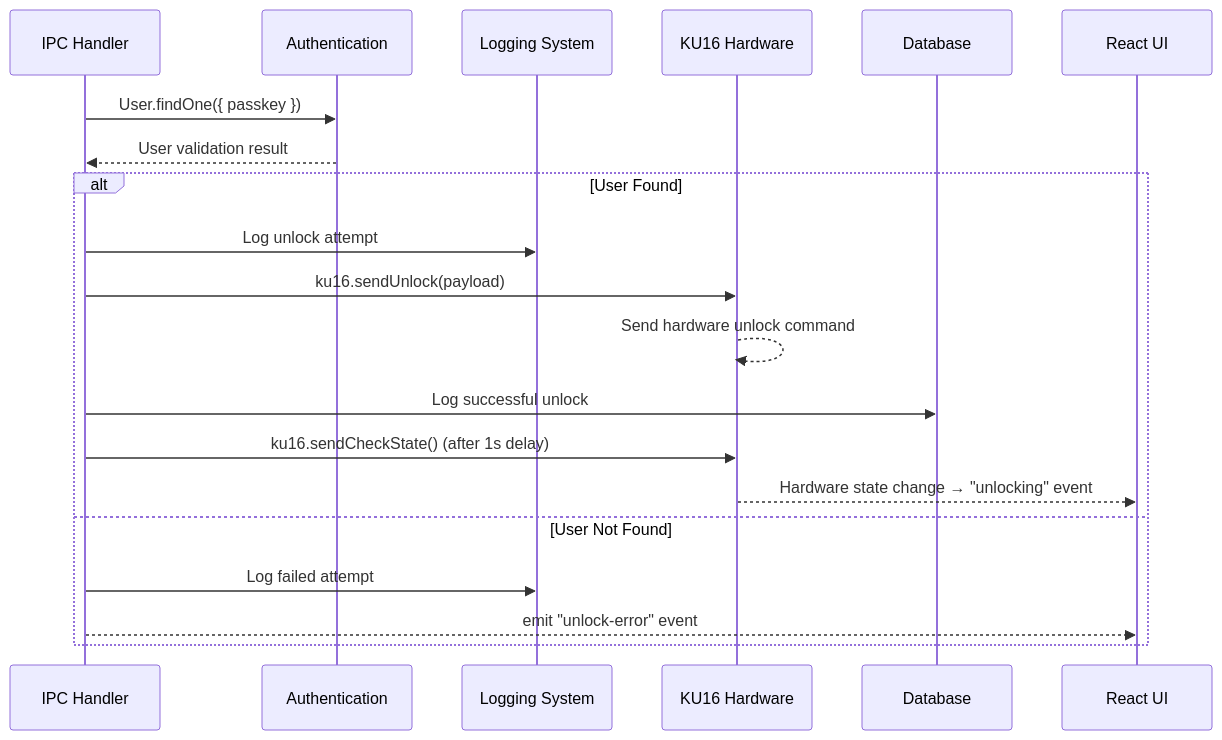
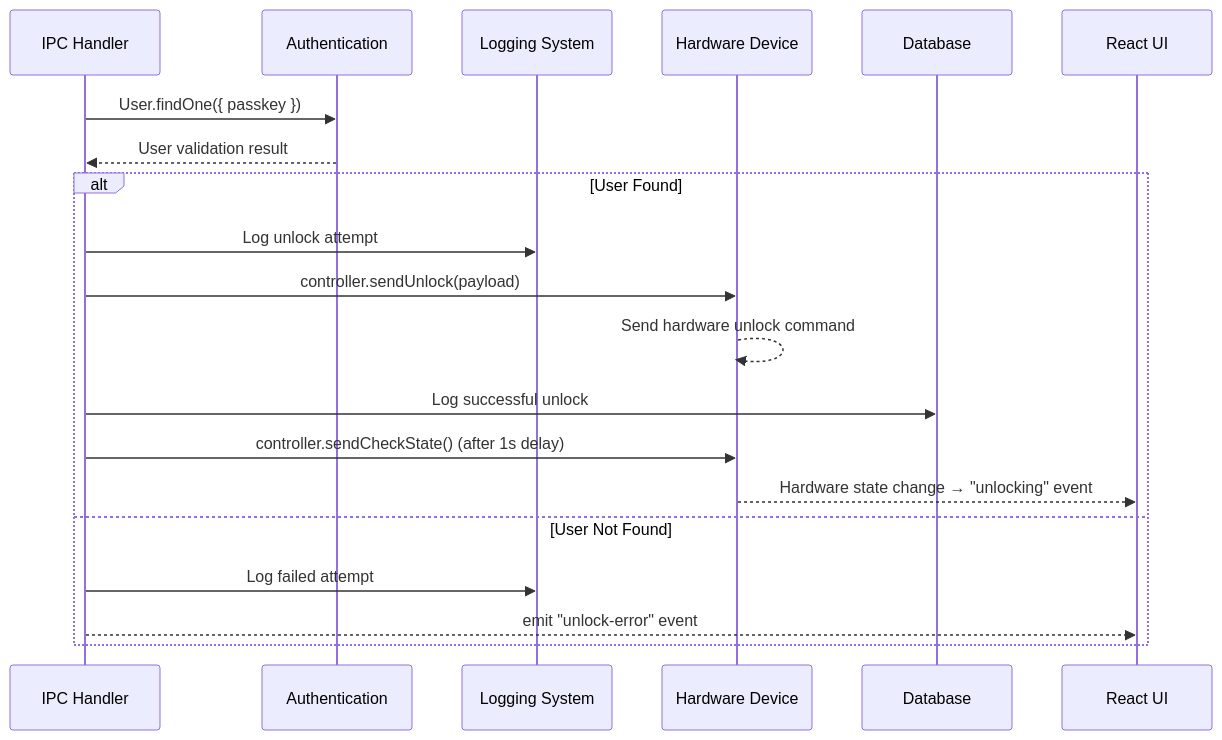
Before and after one commit to mojisejr/smc-app: the third of 11 diagrams in docs/system-architecture/05-data-flow-patterns.md, drawn with Mermaid. The commit also changed other lines of this file and 16 other files, not shown here.

````diff
--- a/docs/system-architecture/05-data-flow-patterns.md
+++ b/docs/system-architecture/05-data-flow-patterns.md
@@ -129,24 +129,24 @@
 ```mermaid
 sequenceDiagram
     participant IPC as IPC Handler
     participant Auth as Authentication
     participant Log as Logging System
-    participant HW as KU16 Hardware
+    participant HW as Hardware Device
     participant DB as Database
     participant UI as React UI
 
     IPC->>Auth: User.findOne({ passkey })
     Auth-->>IPC: User validation result
     
     alt User Found
         IPC->>Log: Log unlock attempt
-        IPC->>HW: ku16.sendUnlock(payload)
+        IPC->>HW: controller.sendUnlock(payload)
         HW-->>HW: Send hardware unlock command
         IPC->>DB: Log successful unlock
-        IPC->>HW: ku16.sendCheckState() (after 1s delay)
+        IPC->>HW: controller.sendCheckState() (after 1s delay)
         HW-->>UI: Hardware state change → "unlocking" event
     else User Not Found
         IPC->>Log: Log failed attempt
         IPC-->>UI: emit "unlock-error" event
     end
 ```
````
